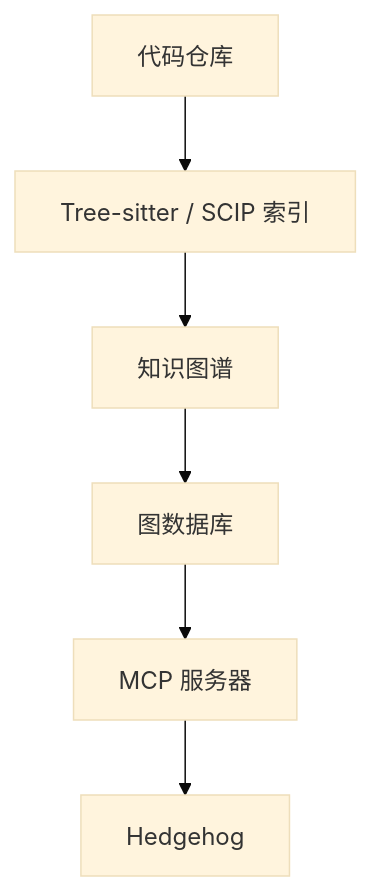
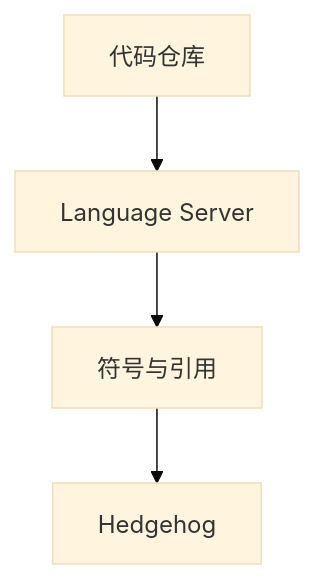
One commit to Bryandero98/hedgehog changed the diagram in README.zh-CN.md. Above: the diagram before and after it, drawn with Mermaid (base theme). The commit also changed other lines of this file and 27 other files, not shown here.

````diff
--- a/README.zh-CN.md
+++ b/README.zh-CN.md
@@ -100,8 +100,6 @@
 ```mermaid
 flowchart TD
-    A[代码仓库] --> B[Tree-sitter / SCIP 索引]
-    B --> C[知识图谱]
-    C --> D[图数据库]
-    D --> E[MCP 服务器]
-    E --> F[Hedgehog]
+    A[代码仓库] --> B[Language Server]
+    B --> C[符号与引用]
+    C --> D[Hedgehog]
 ```
````
